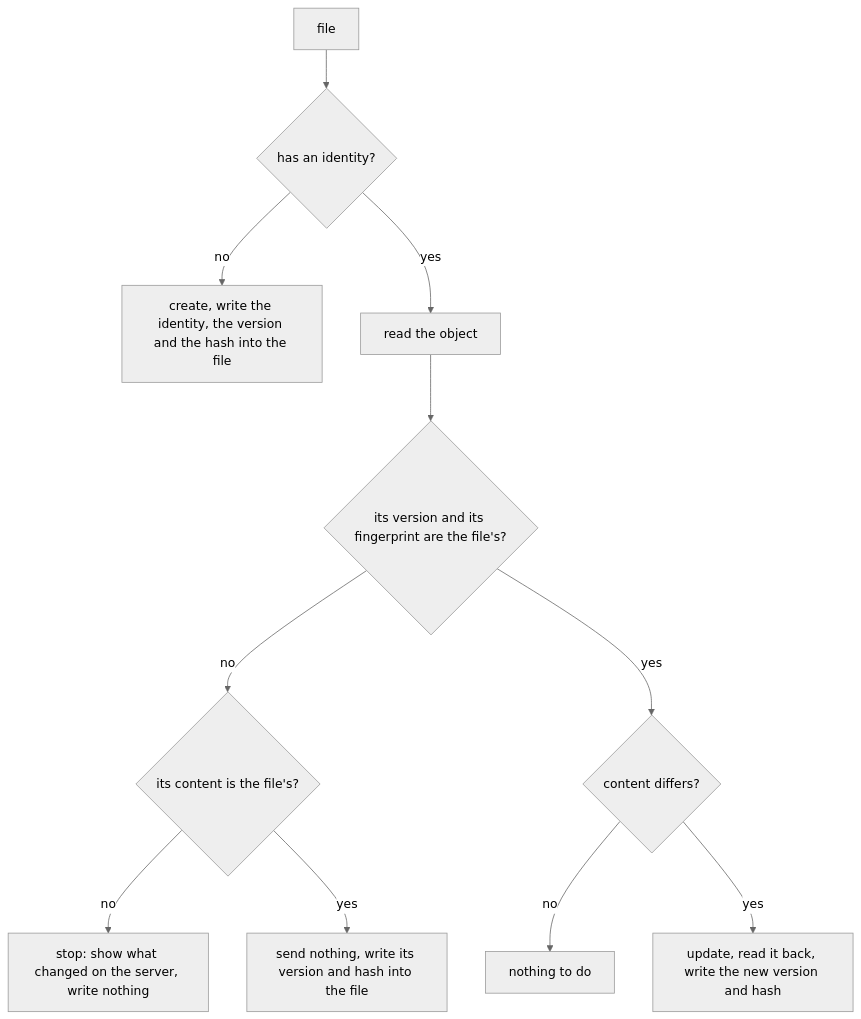
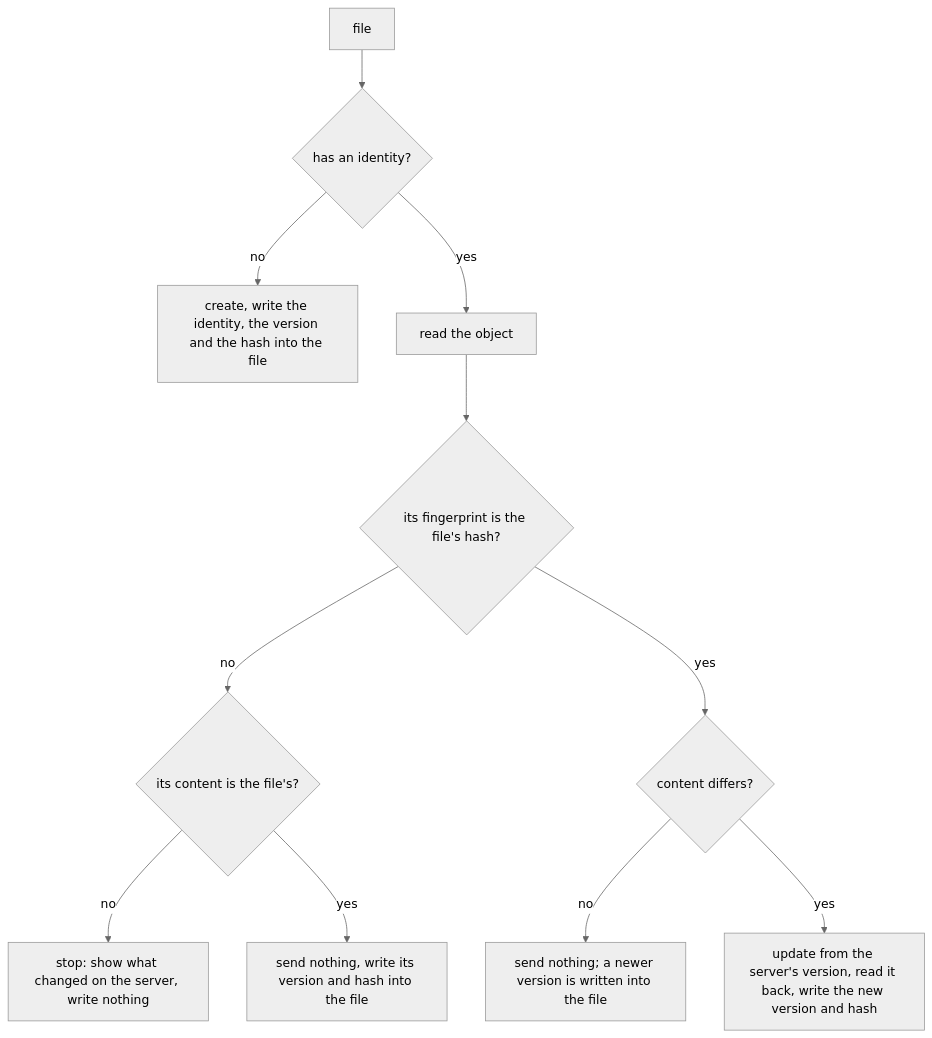
The diagram in docs/design/files-in-git.md (bim-ba/ycli), drawn with Mermaid (neutral theme) before and after one commit. The commit also changed other lines of this file and 8 other files, not shown here.

First line of the commit message:
feat(sync): send an edit over a new version that kept the pulled content

````diff
--- a/docs/design/files-in-git.md
+++ b/docs/design/files-in-git.md
@@ -326,13 +335,13 @@
 ```mermaid
 flowchart TD
     F[file] --> L{has an identity?}
     L -- no --> C[create, write the identity, the version and the hash into the file]
     L -- yes --> R[read the object]
-    R --> V{its version and its fingerprint are the file's?}
+    R --> V{its fingerprint is the file's hash?}
     V -- no --> E{its content is the file's?}
     E -- no --> S[stop: show what changed on the server, write nothing]
     E -- yes --> W[send nothing, write its version and hash into the file]
     V -- yes --> D{content differs?}
-    D -- no --> N[nothing to do]
-    D -- yes --> U[update, read it back, write the new version and hash]
+    D -- no --> N[send nothing; a newer version is written into the file]
+    D -- yes --> U[update from the server's version, read it back, write the new version and hash]
 ```
````
